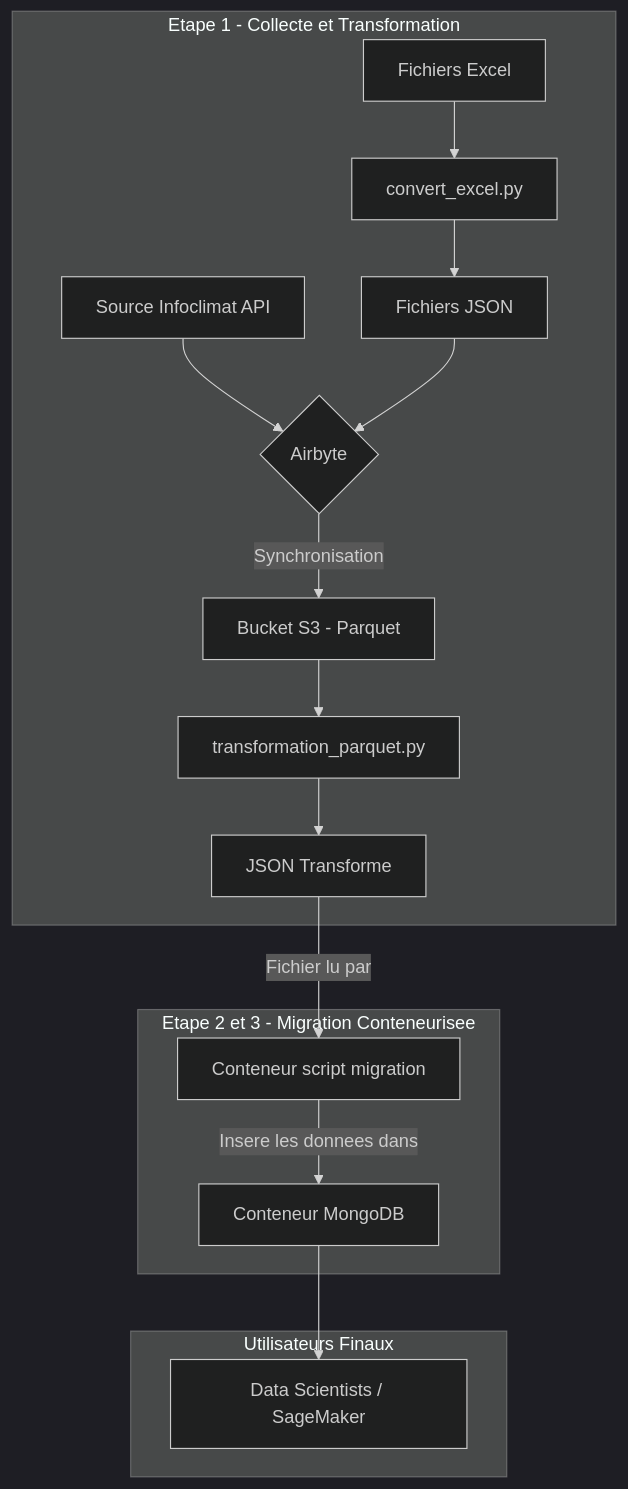
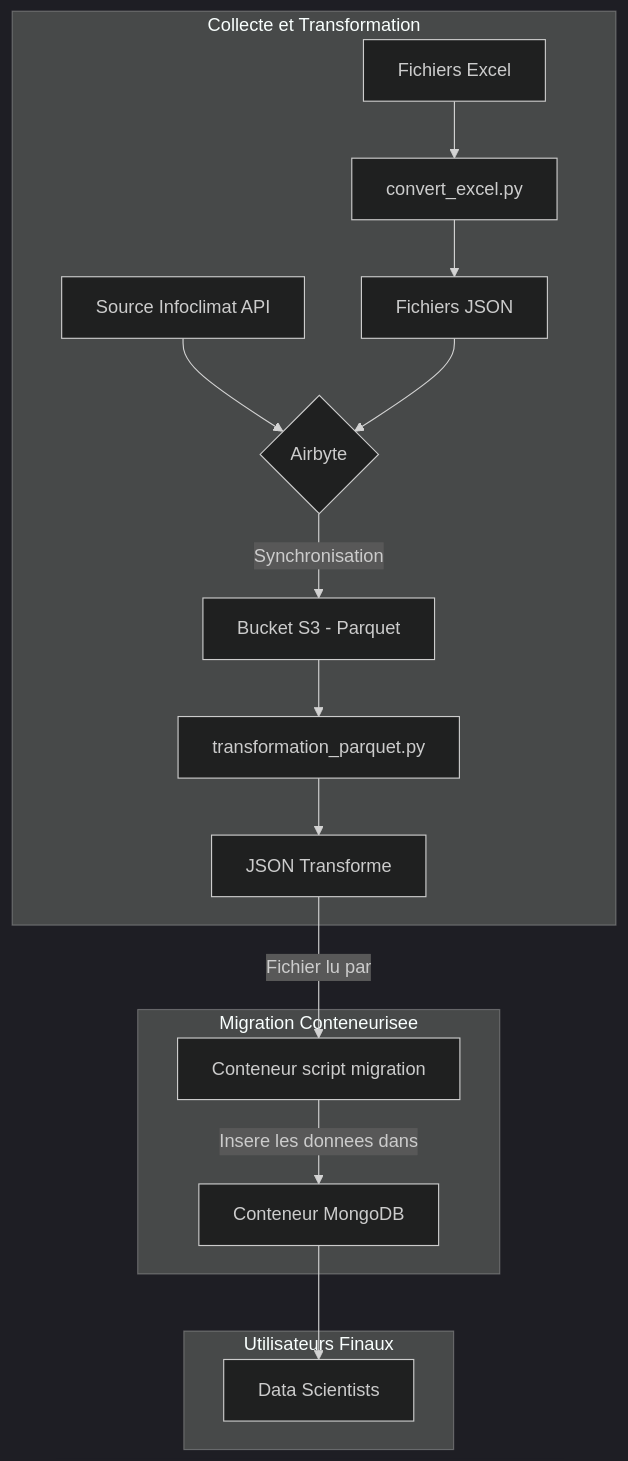
Before and after one commit to Ping689/Projet_8: the diagram in Readme.md, drawn with Mermaid (dark theme).

````diff
--- a/Readme.md
+++ b/Readme.md
@@ -56,22 +56,22 @@
 ```mermaid
 graph TD
-    subgraph "Etape 1 - Collecte et Transformation"
+    subgraph "Collecte et Transformation"
         A["Fichiers Excel"] --> B["convert_excel.py"];
         B --> C["Fichiers JSON"];
         D["Source Infoclimat API"] --> E{Airbyte};
         C --> E;
         E -- Synchronisation --> F["Bucket S3 - Parquet"];
         F --> G["transformation_parquet.py"];
         G --> H["JSON Transforme"];
     end
 
-    subgraph "Etape 2 et 3 - Migration Conteneurisee"
+    subgraph "Migration Conteneurisee"
         H -- Fichier lu par --> I["Conteneur script migration"];
         J["Conteneur MongoDB"];
         I -- Insere les donnees dans --> J;
     end
 
     subgraph "Utilisateurs Finaux"
-        J --> K["Data Scientists / SageMaker"];
+        J --> K["Data Scientists"];
     end
 ```
````
